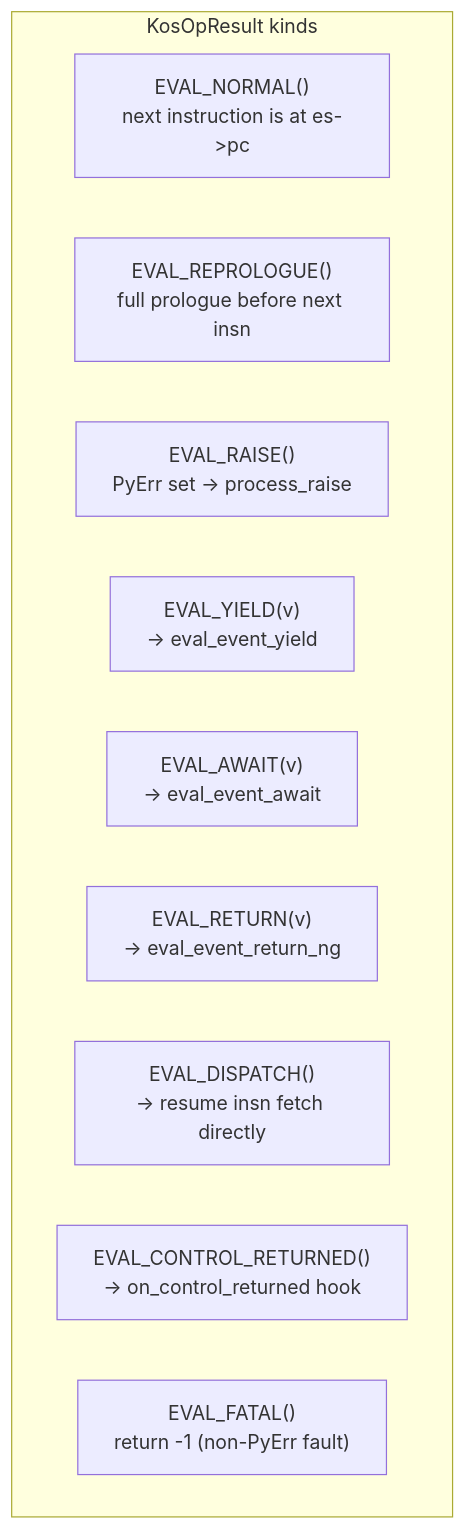
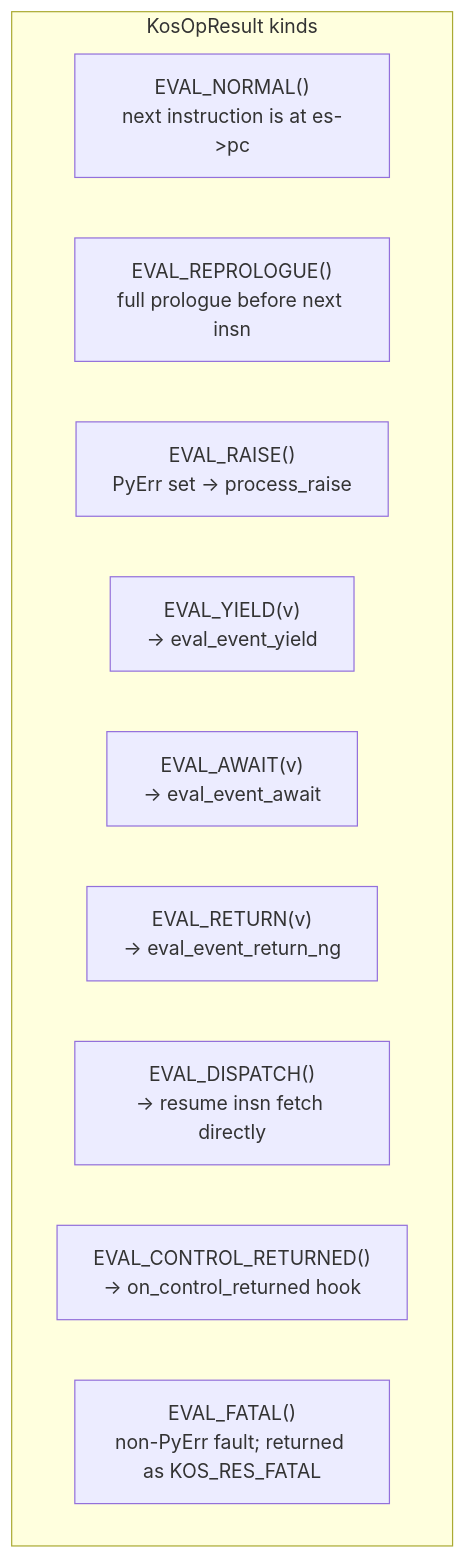
The eighth of 12 diagrams in design/EVALUATOR.md (koskari-lang/koskari), drawn with Mermaid before and after one commit. The commit also changed other lines of this file and 10 other files, not shown here.

````diff
--- a/design/EVALUATOR.md
+++ b/design/EVALUATOR.md
@@ -565,14 +566,14 @@
 ```mermaid
 flowchart TD
     subgraph opcode_return["KosOpResult kinds"]
         rn["EVAL_NORMAL()<br/>next instruction is at es->pc"]
         rr["EVAL_REPROLOGUE()<br/>full prologue before next insn"]
         re["EVAL_RAISE()<br/>PyErr set → process_raise"]
         ry["EVAL_YIELD(v)<br/>→ eval_event_yield"]
         ra["EVAL_AWAIT(v)<br/>→ eval_event_await"]
         rret["EVAL_RETURN(v)<br/>→ eval_event_return_ng"]
         rd["EVAL_DISPATCH()<br/>→ resume insn fetch directly"]
         rc["EVAL_CONTROL_RETURNED()<br/>→ on_control_returned hook"]
-        rf["EVAL_FATAL()<br/>return -1 (non-PyErr fault)"]
+        rf["EVAL_FATAL()<br/>non-PyErr fault; returned as KOS_RES_FATAL"]
     end
 ```
````
